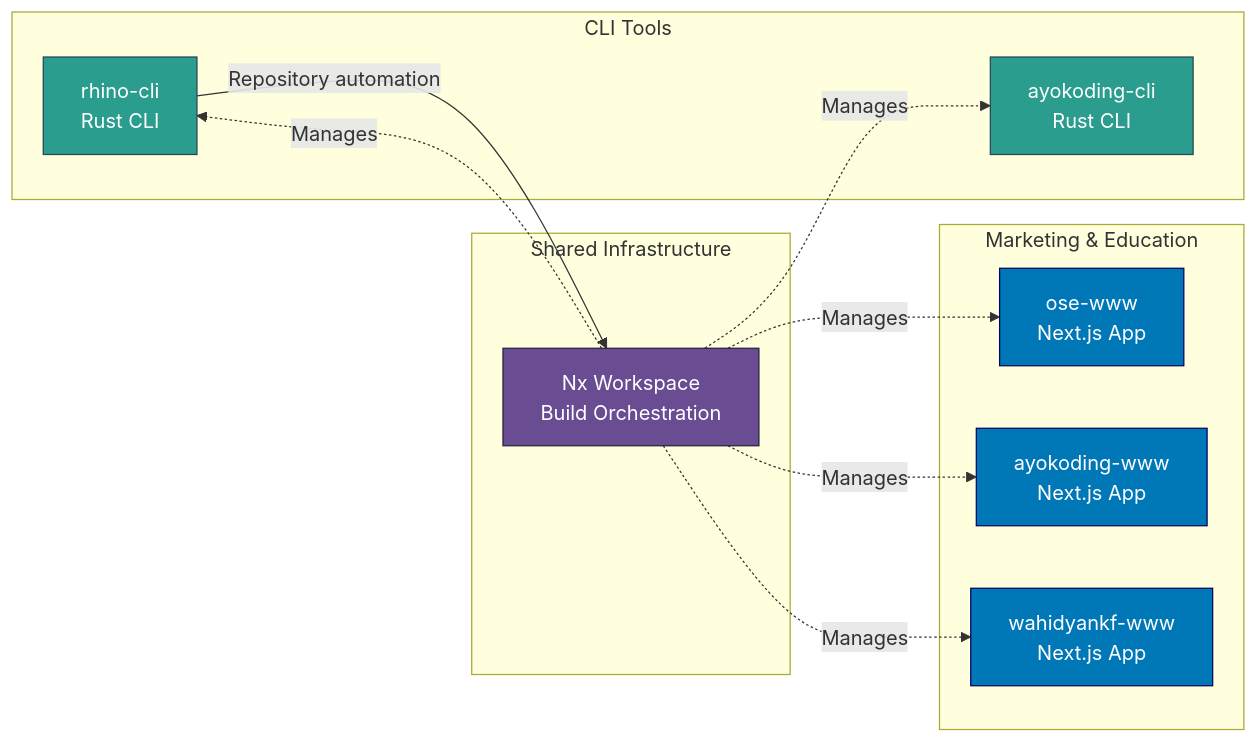
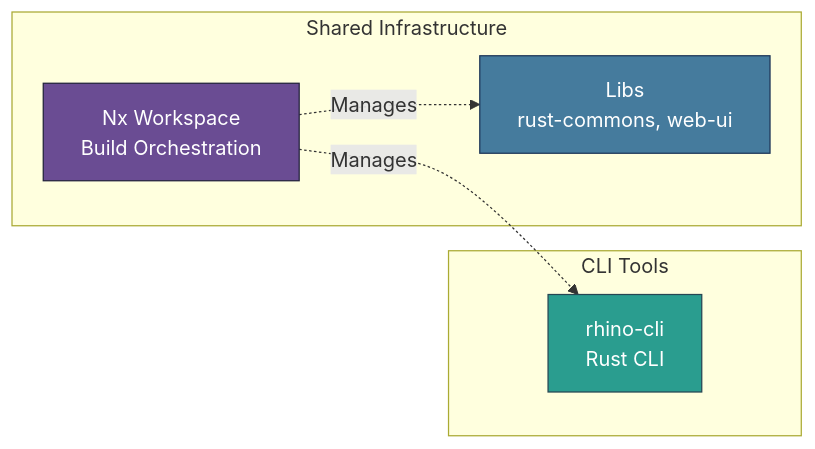
Before and after one commit to wahidyankf/baseerah: the first of 2 diagrams in docs/reference/system-architecture/applications.md, drawn with Mermaid. The commit also changed other lines of this file and 2059 other files, not shown here.

First line of the commit message:
chore(governance): prune app-scoped agents, skills, docs, and the OSE plan archive

````diff
--- a/docs/reference/system-architecture/applications.md
+++ b/docs/reference/system-architecture/applications.md
@@ -243,31 +65,18 @@
 ```mermaid
 graph LR
     subgraph "CLI Tools"
         RHINO[rhino-cli<br/>Rust CLI]
-        AYOCLI[ayokoding-cli<br/>Rust CLI]
-    end
-
-    subgraph "Marketing & Education"
-        OSE[ose-www<br/>Next.js App]
-        AYO[ayokoding-www<br/>Next.js App]
-        WKF[wahidyankf-www<br/>Next.js App]
     end
 
     subgraph "Shared Infrastructure"
+        LIBS[Libs<br/>rust-commons, web-ui]
         NX[Nx Workspace<br/>Build Orchestration]
     end
 
-    RHINO -->|Repository automation| NX
-    NX -.->|Manages| OSE
-    NX -.->|Manages| AYO
-    NX -.->|Manages| WKF
-    NX -.->|Manages| AYOCLI
     NX -.->|Manages| RHINO
+    NX -.->|Manages| LIBS
 
-    style OSE fill:#0077b6,stroke:#03045e,color:#ffffff
-    style AYO fill:#0077b6,stroke:#03045e,color:#ffffff
-    style WKF fill:#0077b6,stroke:#03045e,color:#ffffff
-    style AYOCLI fill:#2a9d8f,stroke:#264653,color:#ffffff
     style RHINO fill:#2a9d8f,stroke:#264653,color:#ffffff
+    style LIBS fill:#457b9d,stroke:#1d3557,color:#ffffff
     style NX fill:#6a4c93,stroke:#22223b,color:#ffffff
 ```
````
